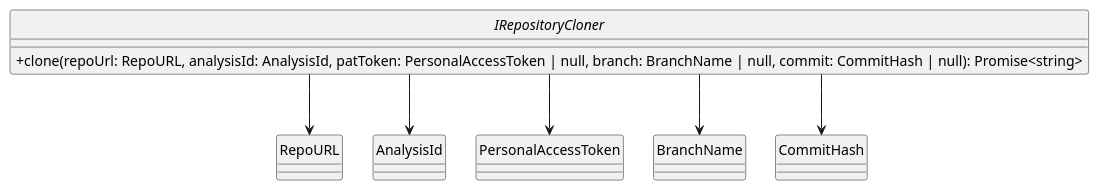
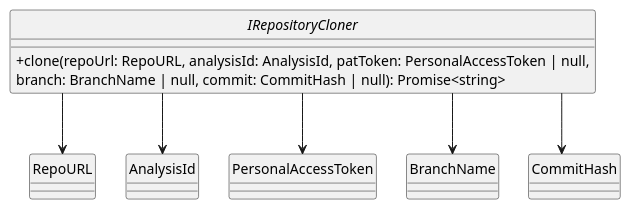
The diagram in assets/st_diagrams/code/plantuml/analysis/application/services/interfaces/repositoryCloner.interface.plantuml (SkarabGroup/DocumentazioneProgetto), drawn with PlantUML before and after one commit. The commit also changed 45 other files, not shown here.

```diff
--- a/assets/st_diagrams/code/plantuml/analysis/application/services/interfaces/repositoryCloner.interface.plantuml
+++ b/assets/st_diagrams/code/plantuml/analysis/application/services/interfaces/repositoryCloner.interface.plantuml
@@ -1,18 +1,19 @@
 @startuml IRepositoryCloner
 skinparam componentStyle uml2.5
 skinparam linetype ortho
 skinparam nodesep 30
 skinparam ranksep 30
 skinparam ClassAttributeIconSize 0
 hide circles
 
 interface IRepositoryCloner {
-    + clone(repoUrl: RepoURL, analysisId: AnalysisId, patToken: PersonalAccessToken | null, branch: BranchName | null, commit: CommitHash | null): Promise<string>
+    + clone(repoUrl: RepoURL, analysisId: AnalysisId, patToken: PersonalAccessToken | null, 
+    branch: BranchName | null, commit: CommitHash | null): Promise<string>
 }
 
 IRepositoryCloner --down-> RepoURL
 IRepositoryCloner --down-> AnalysisId
 IRepositoryCloner --down-> PersonalAccessToken
 IRepositoryCloner --down-> BranchName
 IRepositoryCloner --down-> CommitHash
 @enduml
```
